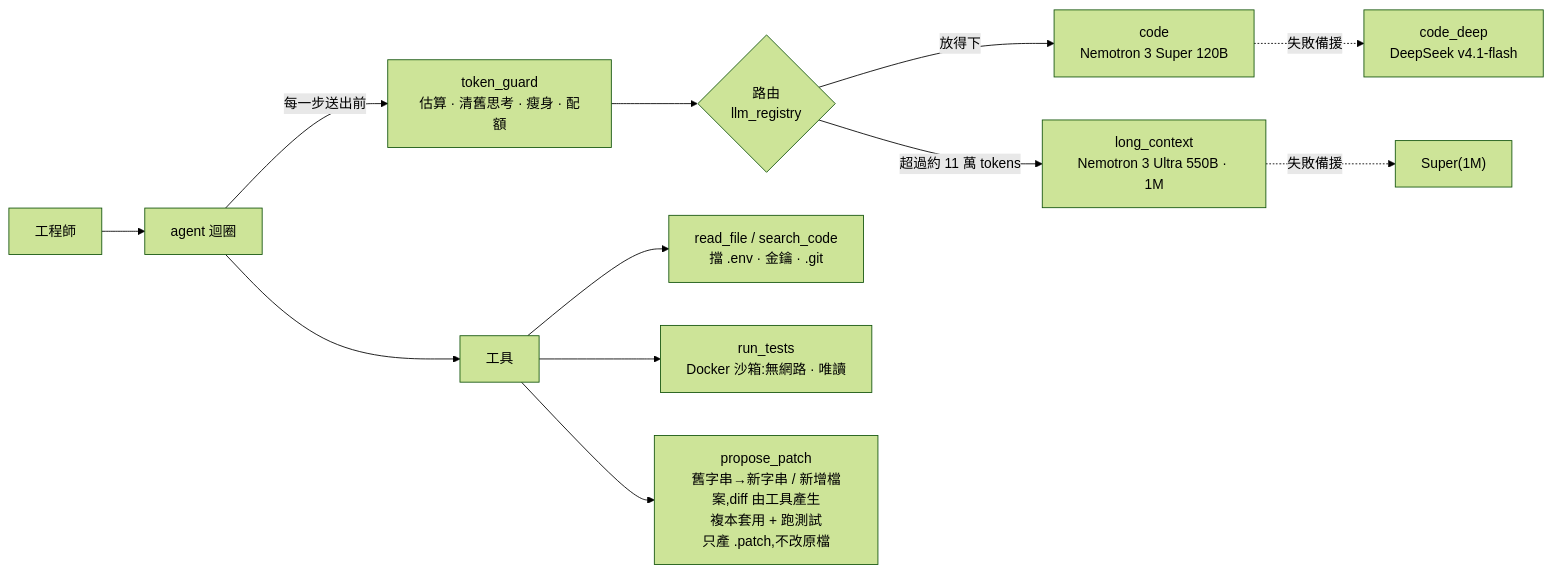
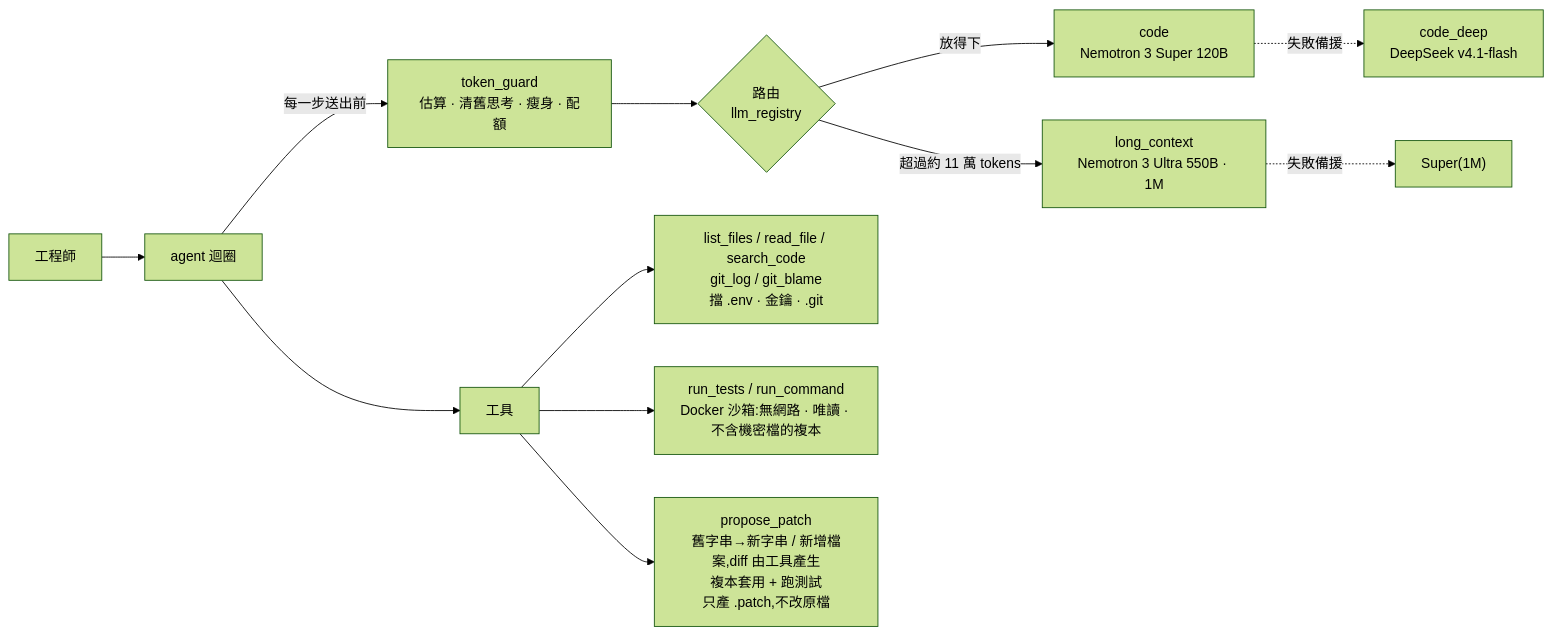
The diagram in README.md (inform199751-crypto/nvidia-dev-assistant), drawn with Mermaid (forest theme) before and after one commit. The commit also changed other lines of this file and 4 other files, not shown here.

First line of the commit message:
Add list_files, git_log, git_blame, run_command; sandbox only sees a scrubbed copy

````diff
--- a/README.md
+++ b/README.md
@@ -11,14 +11,14 @@
 ```mermaid
 flowchart LR
     U[工程師] --> A[agent 迴圈]
     A -->|每一步送出前| G["token_guard<br/>估算 · 清舊思考 · 瘦身 · 配額"]
     G --> R{"路由<br/>llm_registry"}
     R -->|放得下| S["code<br/>Nemotron 3 Super 120B"]
     R -->|"超過約 11 萬 tokens"| L["long_context<br/>Nemotron 3 Ultra 550B · 1M"]
     S -. 失敗備援 .-> D["code_deep<br/>DeepSeek v4.1-flash"]
     L -. 失敗備援 .-> S2["Super(1M)"]
     A --> T[工具]
-    T --> T1["read_file / search_code<br/>擋 .env · 金鑰 · .git"]
-    T --> T2["run_tests<br/>Docker 沙箱:無網路 · 唯讀"]
+    T --> T1["list_files / read_file / search_code<br/>git_log / git_blame<br/>擋 .env · 金鑰 · .git"]
+    T --> T2["run_tests / run_command<br/>Docker 沙箱:無網路 · 唯讀 · 不含機密檔的複本"]
     T --> T3["propose_patch<br/>舊字串→新字串 / 新增檔案,diff 由工具產生<br/>複本套用 + 跑測試<br/>只產 .patch,不改原檔"]
 ```
````
